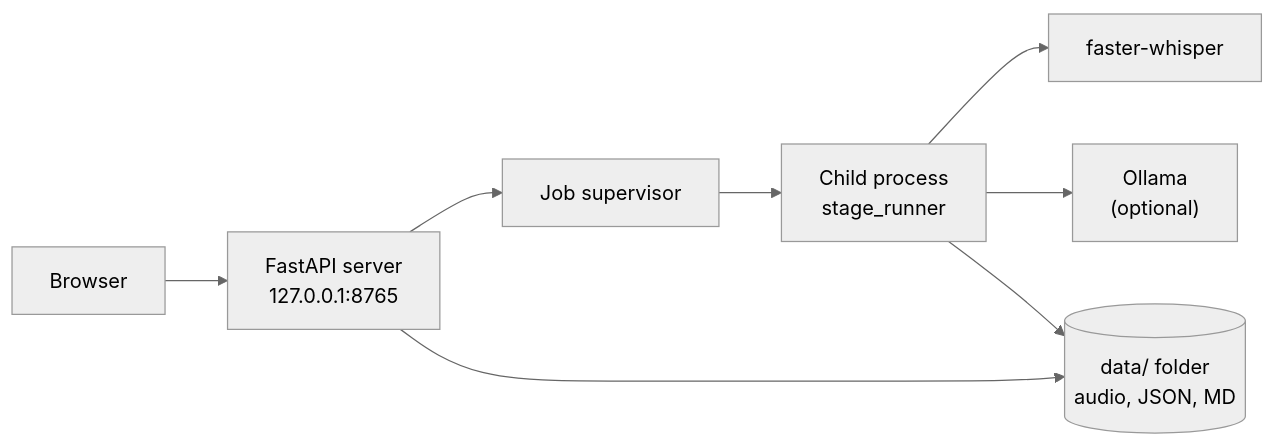
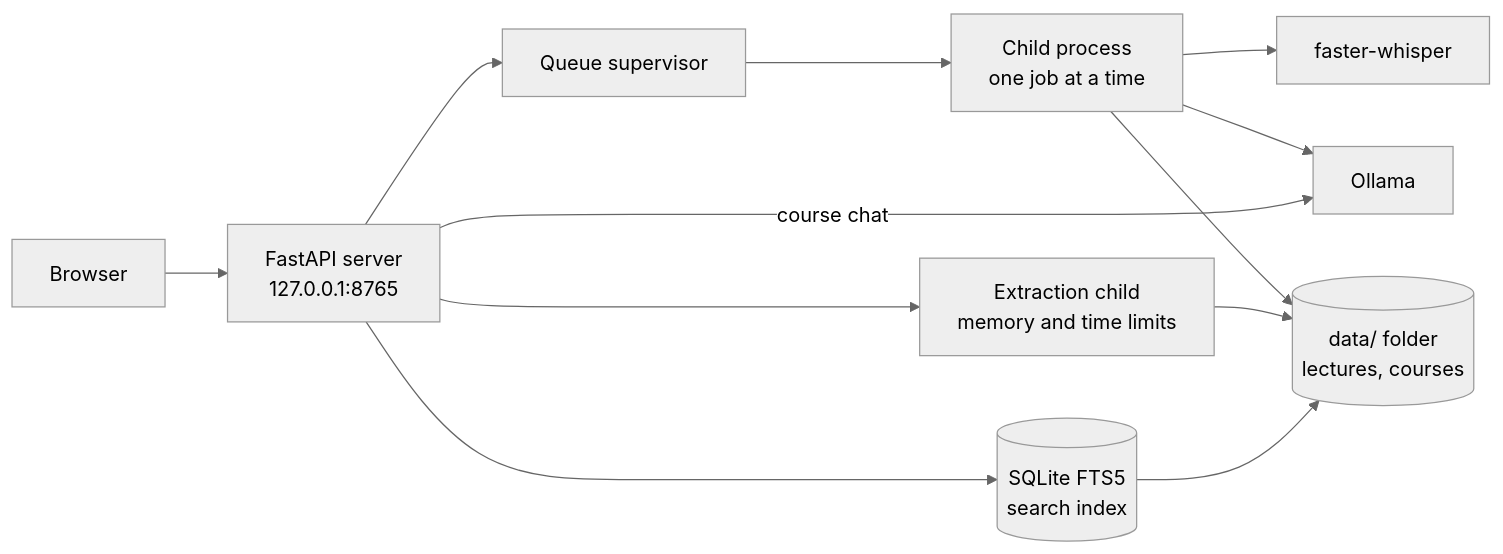
The diagram in README.md (AndreaBonn/speech-to-text), drawn with Mermaid (neutral theme) before and after one commit. The commit also changed other lines of this file and 6 other files, not shown here.

````diff
--- a/README.md
+++ b/README.md
@@ -61,10 +74,14 @@
 ```mermaid
 flowchart LR
     browser["Browser"] --> server["FastAPI server<br/>127.0.0.1:8765"]
-    server --> supervisor["Job supervisor"]
-    supervisor --> runner["Child process<br/>stage_runner"]
+    server --> supervisor["Queue supervisor"]
+    supervisor --> runner["Child process<br/>one job at a time"]
     runner --> whisper["faster-whisper"]
-    runner --> ollama["Ollama<br/>(optional)"]
-    runner --> data[("data/ folder<br/>audio, JSON, MD")]
-    server --> data
+    runner --> ollama["Ollama"]
+    server -- "course chat" --> ollama
+    server --> extractor["Extraction child<br/>memory and time limits"]
+    runner --> data[("data/ folder<br/>lectures, courses")]
+    extractor --> data
+    server --> index[("SQLite FTS5<br/>search index")]
+    index --> data
 ```
````
